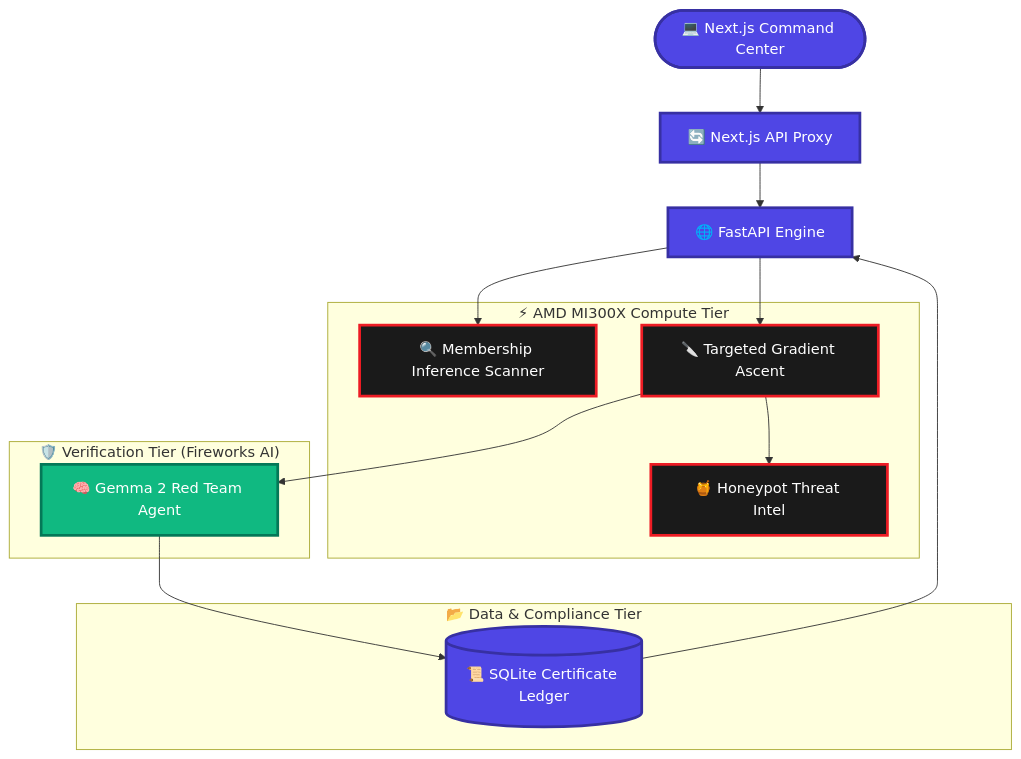
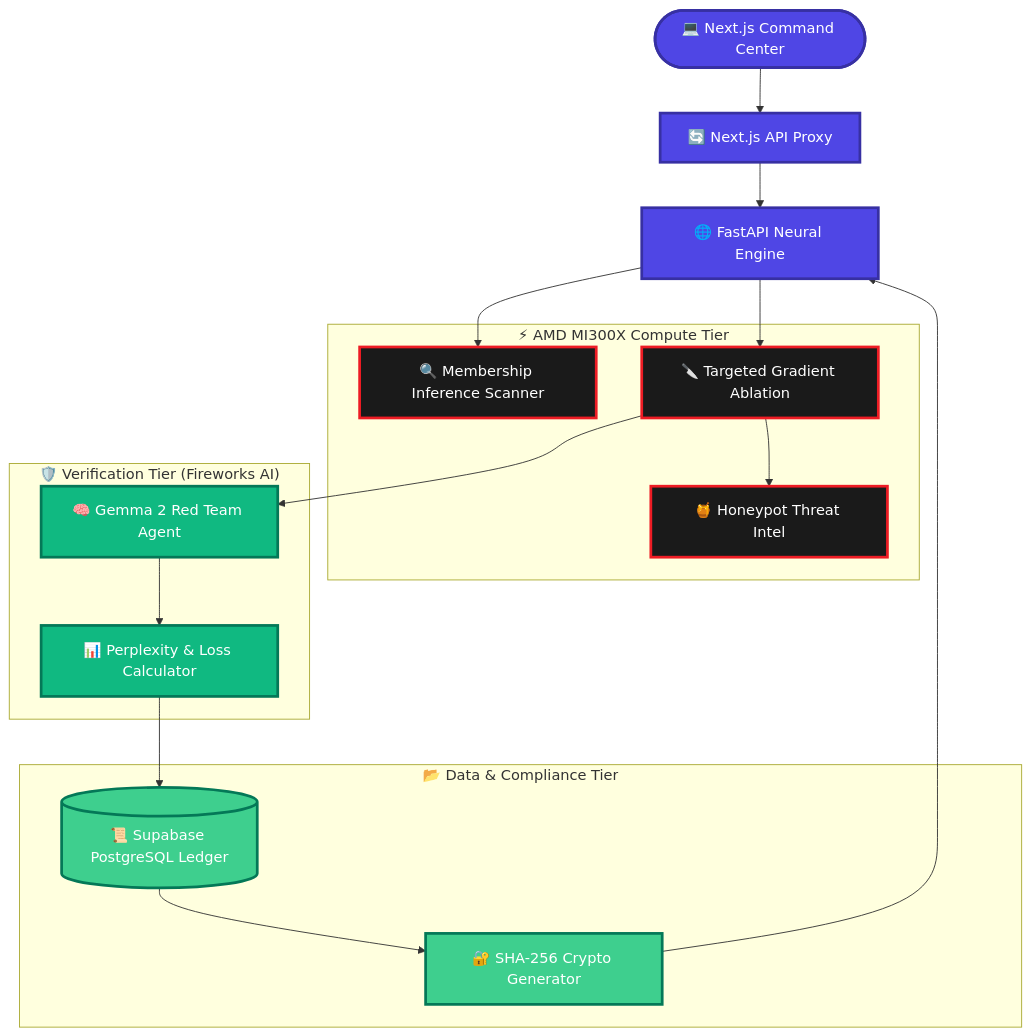
The first of 2 diagrams in README.md (abhinandbs12/project-raze), drawn with Mermaid before and after one commit. The commit also changed other lines of this file, not shown here.

Commit message:
docs: completely overhaul README with detailed architecture diagrams, mathematical explanations, and sponsor integrations

````diff
--- a/README.md
+++ b/README.md
@@ -71,33 +31,39 @@
 ```mermaid
 graph TD
     Client([💻 Next.js Command Center])
     Proxy[🔄 Next.js API Proxy]
-    API[🌐 FastAPI Engine]
+    API[🌐 FastAPI Neural Engine]
 
     subgraph Compute["⚡ AMD MI300X Compute Tier"]
         Scanner[🔍 Membership Inference Scanner]
-        Surgery[🔪 Targeted Gradient Ascent]
+        Surgery[🔪 Targeted Gradient Ablation]
         Tracker[🍯 Honeypot Threat Intel]
     end
 
     subgraph Verify["🛡️ Verification Tier (Fireworks AI)"]
         RedTeam[🧠 Gemma 2 Red Team Agent]
+        Evaluator[📊 Perplexity & Loss Calculator]
     end
 
     subgraph Data["📂 Data & Compliance Tier"]
-        Ledger[(📜 SQLite Certificate Ledger)]
+        Ledger[(📜 Supabase PostgreSQL Ledger)]
+        Hash[🔐 SHA-256 Crypto Generator]
     end
 
     Client --> Proxy --> API
     API --> Scanner & Surgery
     Surgery --> Tracker
     Surgery --> RedTeam
-    RedTeam --> Ledger --> API
+    RedTeam --> Evaluator
+    Evaluator --> Ledger --> Hash --> API
 
     classDef amd fill:#1a1a1a,stroke:#ED1C24,stroke-width:3px,color:#fff;
     classDef gemma fill:#10B981,stroke:#047857,stroke-width:3px,color:#fff;
+    classDef data fill:#3ECF8E,stroke:#047857,stroke-width:3px,color:#fff;
     classDef core fill:#4F46E5,stroke:#3730A3,stroke-width:3px,color:#fff;
+    
     class Surgery,Scanner,Tracker amd
-    class RedTeam gemma
-    class API,Ledger,Client,Proxy core
+    class RedTeam,Evaluator gemma
+    class Ledger,Hash data
+    class API,Client,Proxy core
 ```
````
